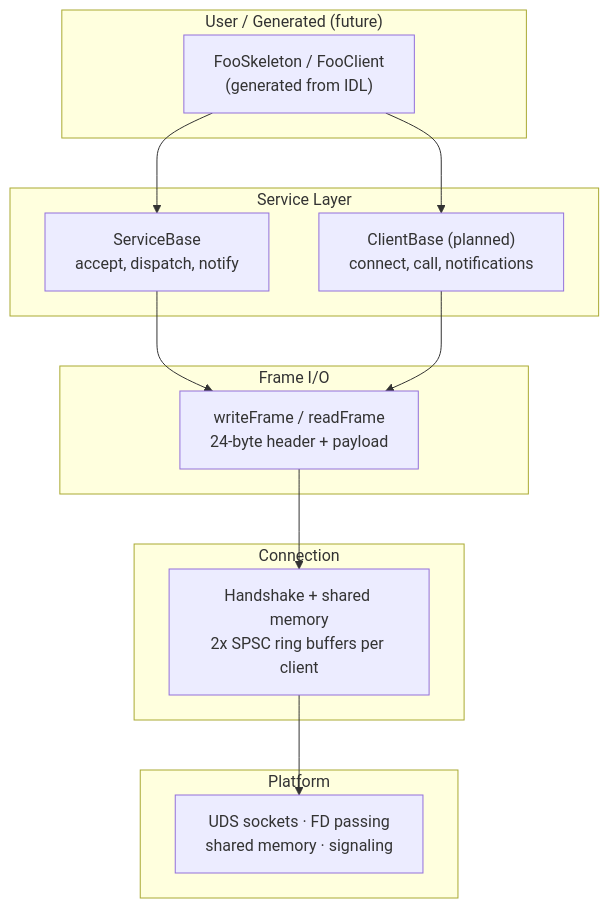
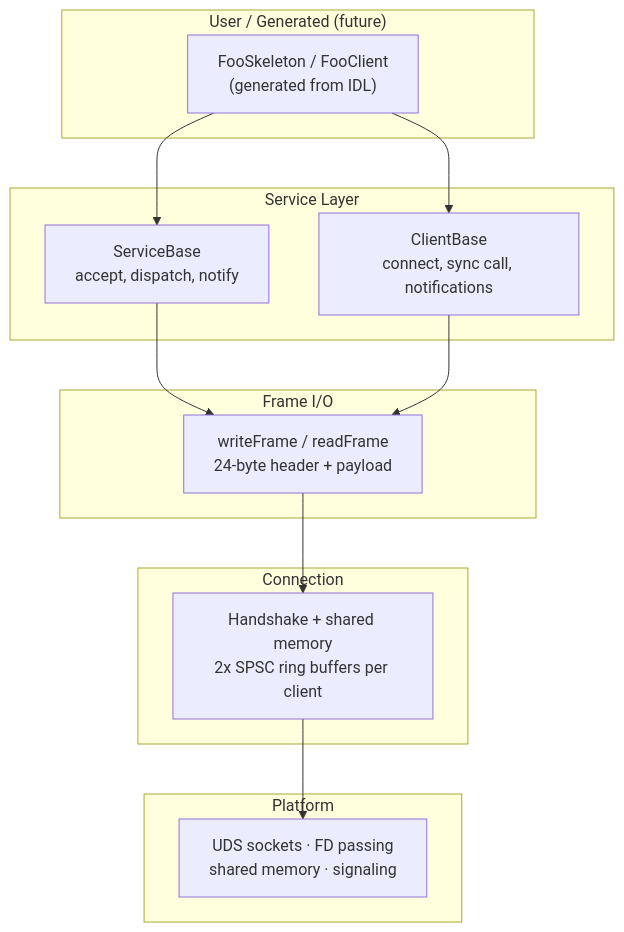
Before and after one commit to Mrunmoy/aether: the diagram in README.md, drawn with Mermaid. The commit also changed other lines of this file and 10 other files, not shown here.

Commit message:
Adding ClientBase with  unit tests and walkthrough

````diff
--- a/README.md
+++ b/README.md
@@ -12,30 +12,30 @@
 ```mermaid
 graph TD
     subgraph "User / Generated (future)"
         GEN["FooSkeleton / FooClient\n(generated from IDL)"]
     end
 
     subgraph "Service Layer"
         SB["ServiceBase\naccept, dispatch, notify"]
-        CB["ClientBase (planned)\nconnect, call, notifications"]
+        CB["ClientBase\nconnect, sync call, notifications"]
     end
 
     subgraph "Frame I/O"
         FIO["writeFrame / readFrame\n24-byte header + payload"]
     end
 
     subgraph "Connection"
         CON["Handshake + shared memory\n2x SPSC ring buffers per client"]
     end
 
     subgraph "Platform"
         PLAT["UDS sockets · FD passing\nshared memory · signaling"]
     end
 
     GEN --> SB
     GEN --> CB
     SB --> FIO
     CB --> FIO
     FIO --> CON
     CON --> PLAT
 ```
````
